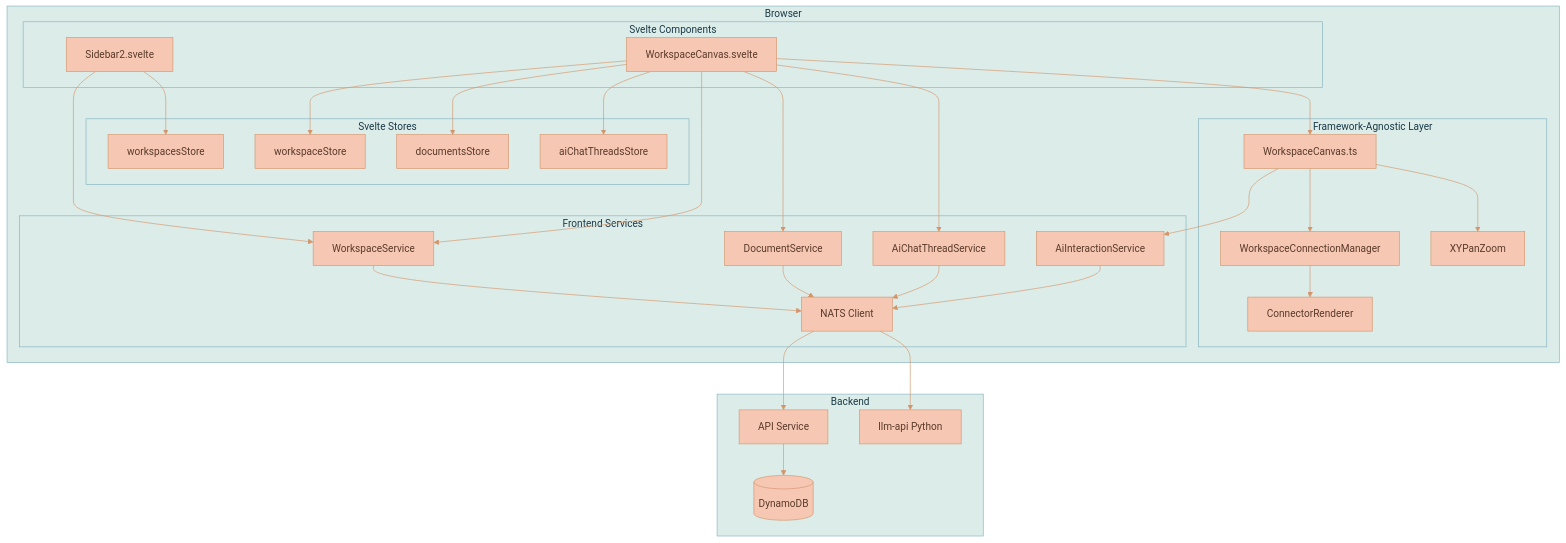
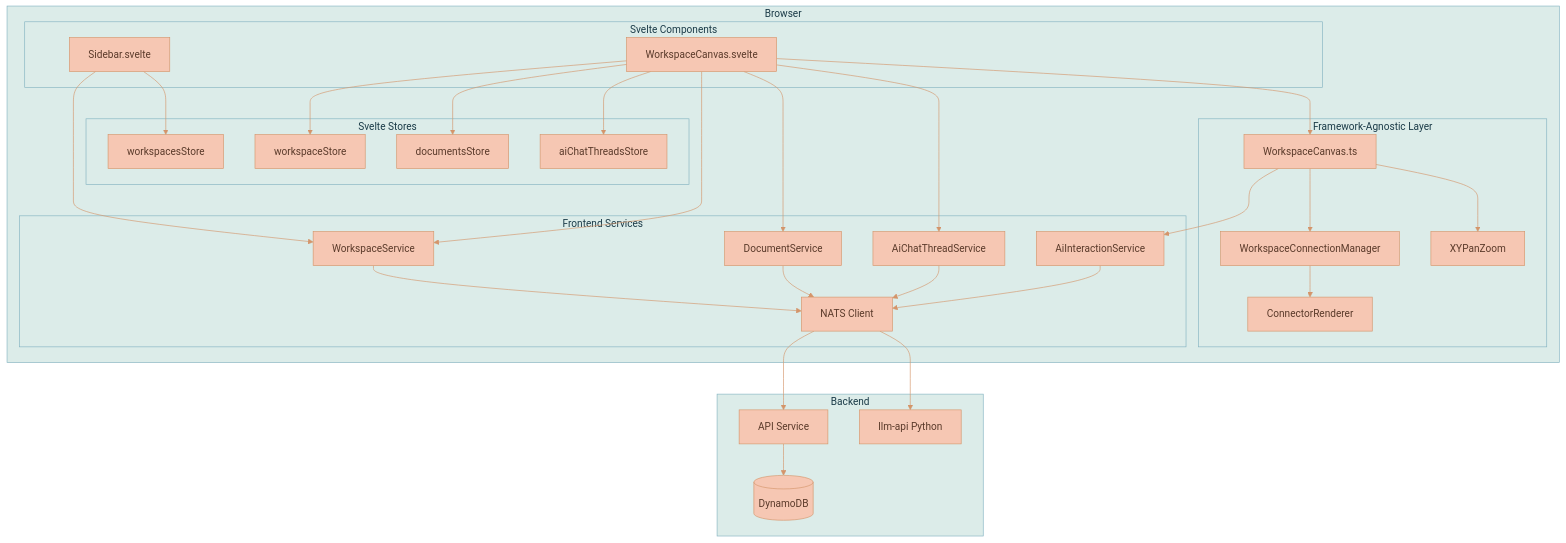
The first of 17 diagrams in documentation/features/WORKSPACE-FEATURE.md (Lixpi/lixpi), drawn with Mermaid before and after one commit. The commit also changed 9 other files, not shown here.

````diff
--- a/documentation/features/WORKSPACE-FEATURE.md
+++ b/documentation/features/WORKSPACE-FEATURE.md
@@ -21,60 +21,60 @@
 ```mermaid
 %%{init: {'theme': 'base', 'themeVariables': { 'primaryColor': '#F6C7B3', 'primaryTextColor': '#5a3a2a', 'primaryBorderColor': '#d4956a', 'secondaryColor': '#C3DEDD', 'secondaryTextColor': '#1a3a47', 'secondaryBorderColor': '#4a8a9d', 'tertiaryColor': '#DCECE9', 'tertiaryTextColor': '#1a3a47', 'tertiaryBorderColor': '#82B2C0', 'lineColor': '#d4956a', 'textColor': '#5a3a2a'}}}%%
 flowchart TB
     subgraph Client["Browser"]
         subgraph Svelte["Svelte Components"]
-            Sidebar[Sidebar2.svelte]
+            Sidebar[Sidebar.svelte]
             WCS[WorkspaceCanvas.svelte]
         end
 
         subgraph Stores["Svelte Stores"]
             WSS[workspacesStore]
             WS[workspaceStore]
             DS[documentsStore]
             TS[aiChatThreadsStore]
         end
 
         subgraph Infographics["Framework-Agnostic Layer"]
             WC[WorkspaceCanvas.ts]
             WCM[WorkspaceConnectionManager]
             XY[XYPanZoom]
             CR[ConnectorRenderer]
         end
 
         subgraph Services["Frontend Services"]
             WSvc[WorkspaceService]
             DSvc[DocumentService]
             TSvc[AiChatThreadService]
             AIS[AiInteractionService]
             NATS[NATS Client]
         end
     end
 
     subgraph Backend["Backend"]
         API[API Service]
         LLMAPI[llm-api Python]
         DB[(DynamoDB)]
     end
 
     Sidebar --> WSS
     Sidebar --> WSvc
     WCS --> WS
     WCS --> DS
     WCS --> TS
     WCS --> WC
     WC --> XY
     WC --> WCM
     WCM --> CR
 
     WCS --> WSvc
     WCS --> DSvc
     WCS --> TSvc
     WC --> AIS
     WSvc --> NATS
     DSvc --> NATS
     TSvc --> NATS
     AIS --> NATS
     NATS --> API
     NATS --> LLMAPI
     API --> DB
 ```
````
